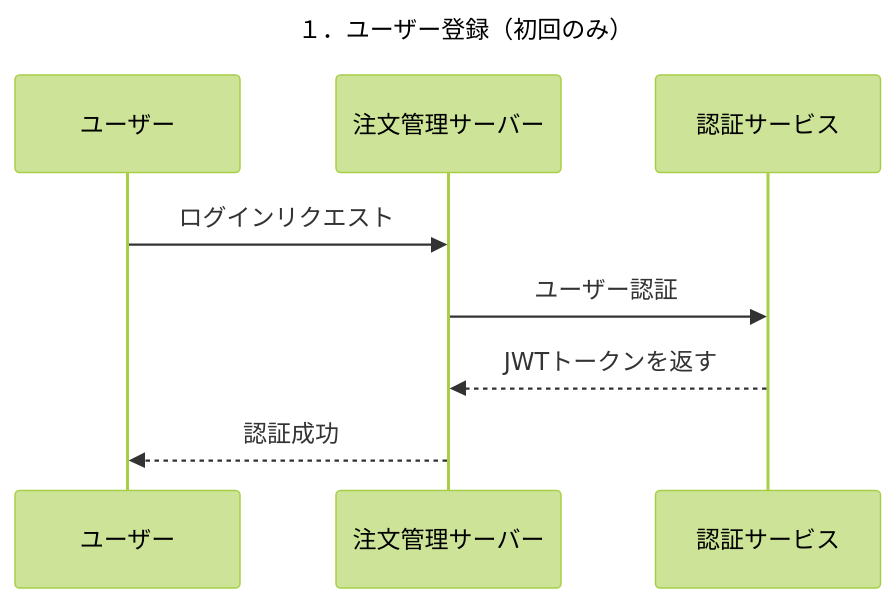
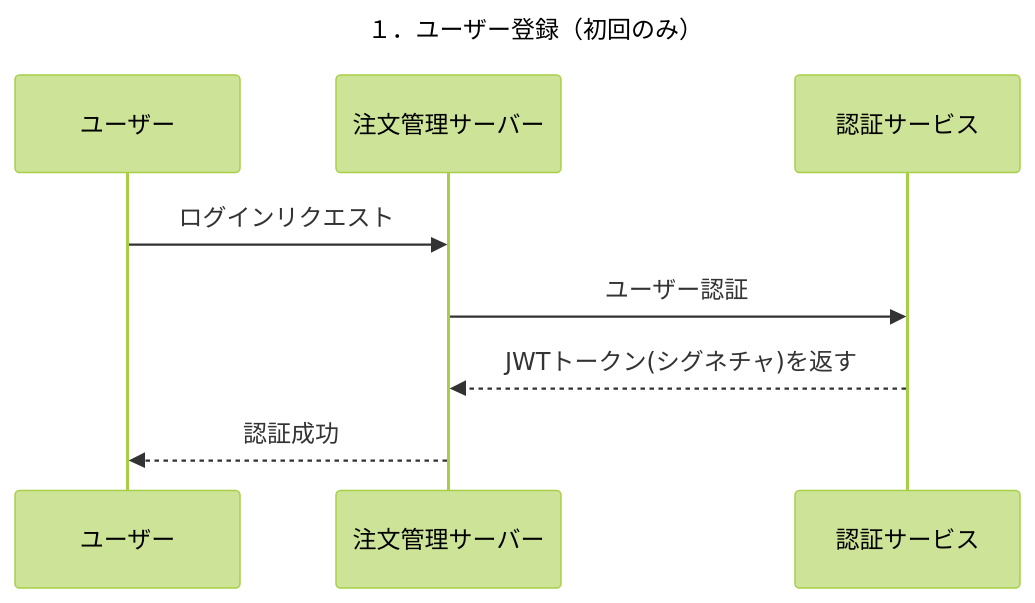
Before and after one commit to Kei-Okuma1216/Obento-Test: the third of 6 diagrams in お弁当注文システム仕様書.md, drawn with Mermaid (forest theme). The commit also changed other lines of this file, not shown here.

````diff
--- a/お弁当注文システム仕様書.md
+++ b/お弁当注文システム仕様書.md
@@ -592,12 +600,12 @@
 ```mermaid
 sequenceDiagram
     title １．ユーザー登録（初回のみ）
     participant User as ユーザー
     participant Server as 注文管理サーバー
     participant Auth as 認証サービス
 
     User->>Server: ログインリクエスト
     Server->>Auth: ユーザー認証
-    Auth-->>Server: JWTトークンを返す
+    Auth-->>Server: JWTトークン(シグネチャ)を返す
     Server-->>User: 認証成功
 ```
````
